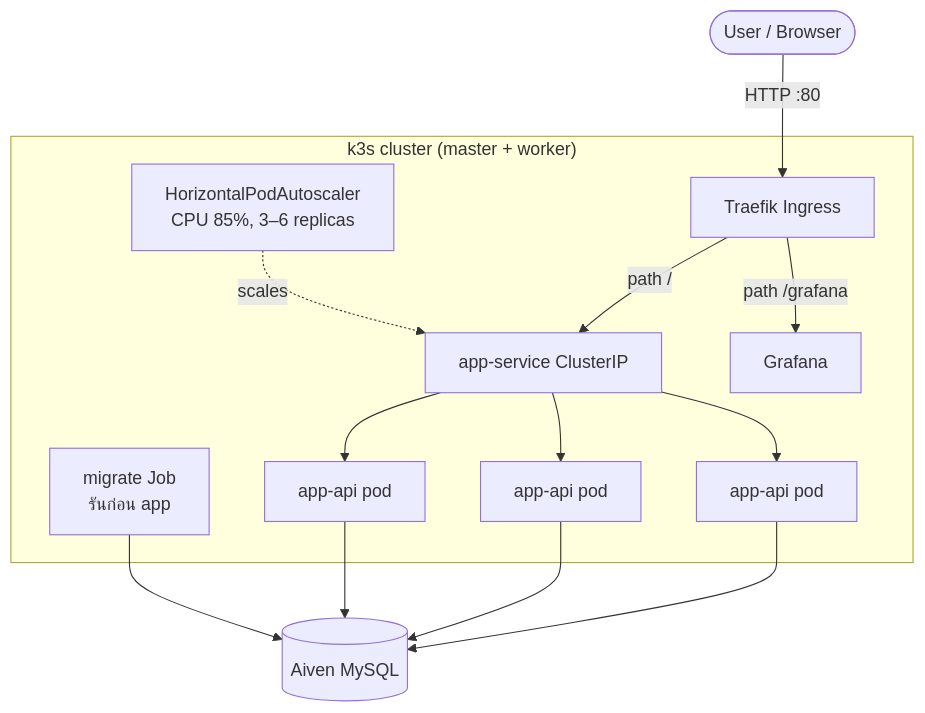
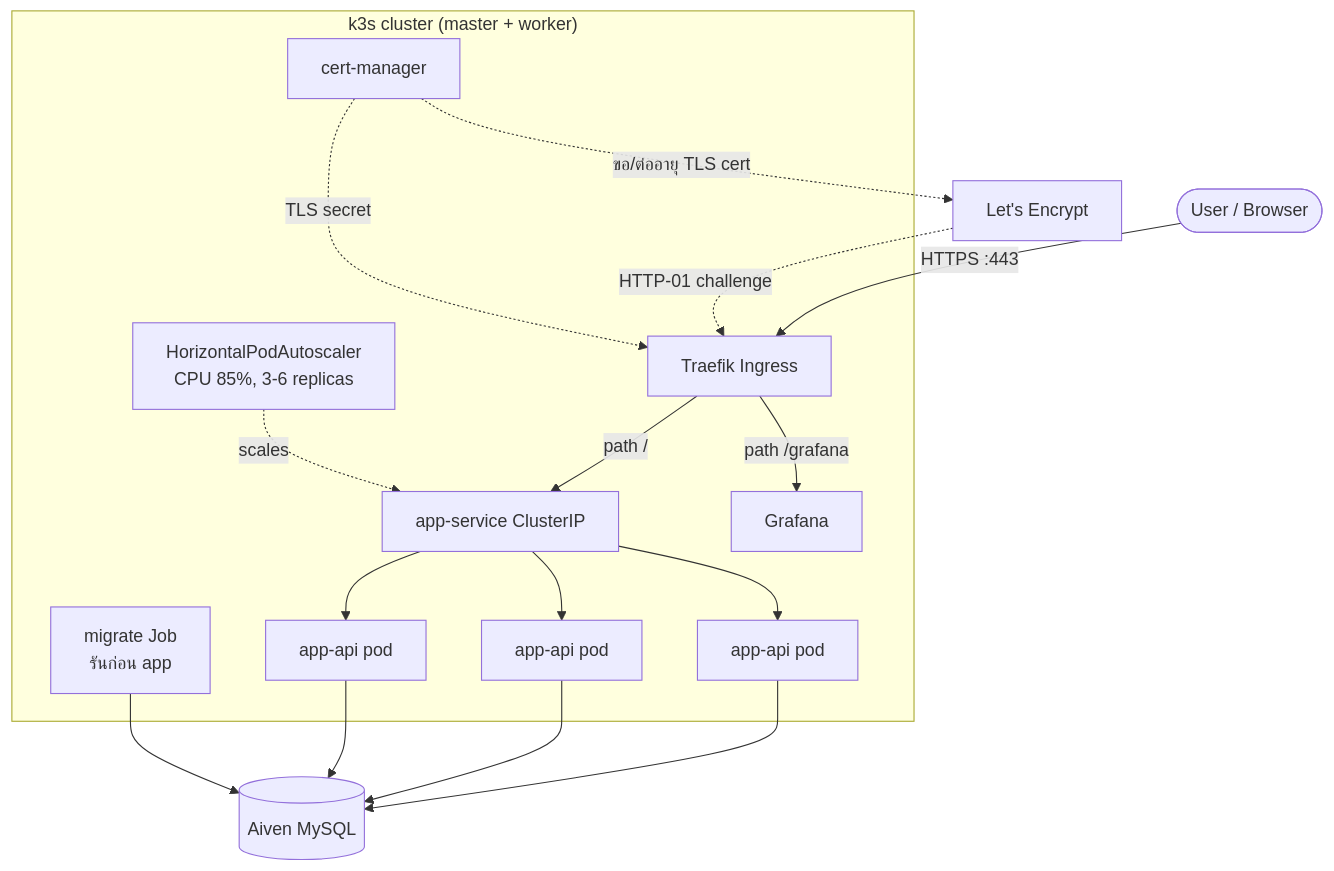
One commit to thanutgit/DevOpsMiniProject changed the first of 2 diagrams in README.md. Above: the diagram before and after it, drawn with Mermaid. The commit also changed other lines of this file, not shown here.

````diff
--- a/README.md
+++ b/README.md
@@ -37,25 +44,29 @@
 ```mermaid
 flowchart TD
-    User([User / Browser]) -->|HTTP :80| Traefik[Traefik Ingress]
+    User([User / Browser]) -->|HTTPS :443| Traefik[Traefik Ingress]
+    LE[Let's Encrypt] -.HTTP-01 challenge.-> Traefik
+    CM[cert-manager] -.ขอ/ต่ออายุ TLS cert.-> LE
+    CM -.TLS secret.-> Traefik
     Traefik -->|path /| Svc[app-service ClusterIP]
     Traefik -->|path /grafana| Graf[Grafana]
     Svc --> P1[app-api pod]
     Svc --> P2[app-api pod]
     Svc --> P3[app-api pod]
-    HPA[HorizontalPodAutoscaler<br/>CPU 85%, 3–6 replicas] -.scales.-> Svc
+    HPA[HorizontalPodAutoscaler<br/>CPU 85%, 3-6 replicas] -.scales.-> Svc
     P1 --> DB[(Aiven MySQL)]
     P2 --> DB
     P3 --> DB
     Job[migrate Job<br/>รันก่อน app] --> DB
 
     subgraph Cluster["k3s cluster (master + worker)"]
         Traefik
+        CM
         Svc
         P1
         P2
         P3
         HPA
         Job
         Graf
     end
 ```
````
